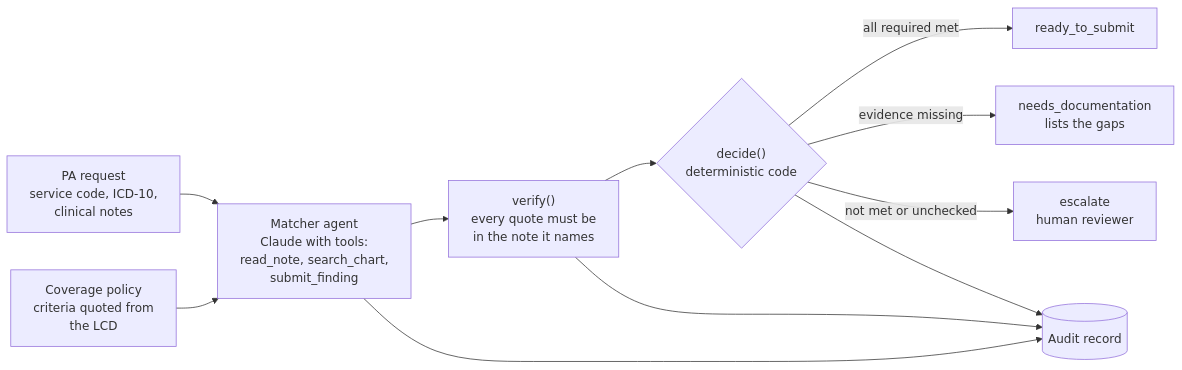
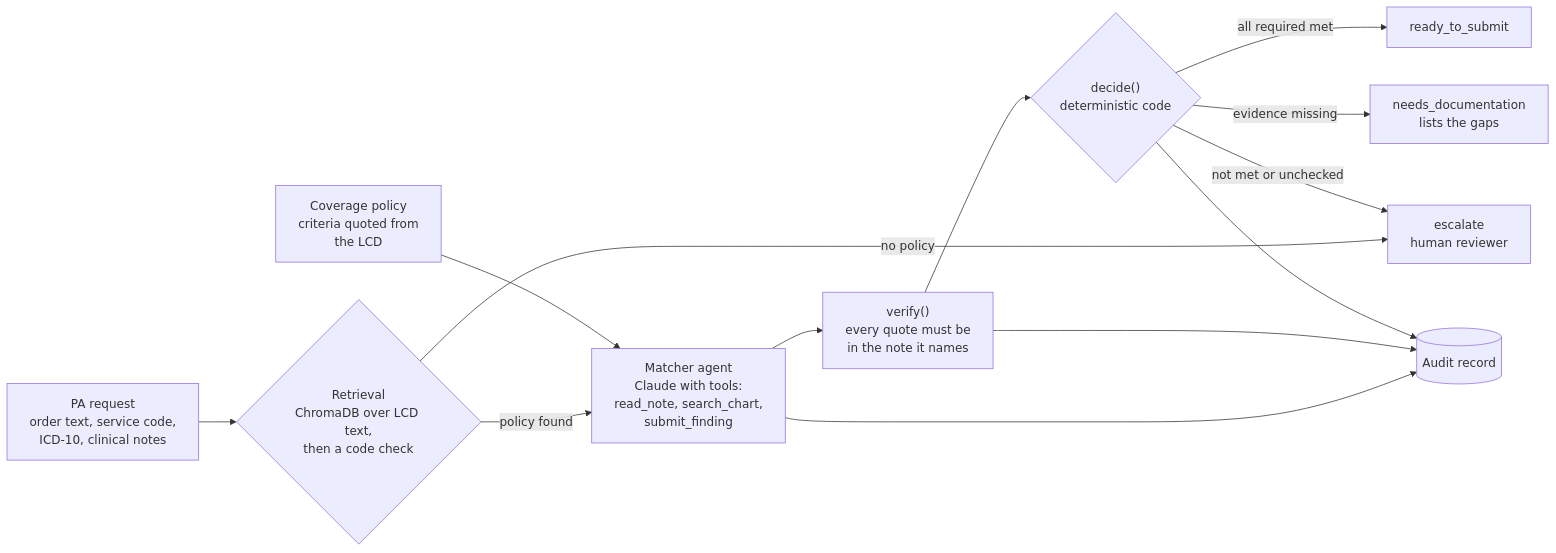
The diagram in README.md (shilpamusale/priorauth-ai), drawn with Mermaid before and after one commit. The commit also changed other lines of this file and 5 other files, not shown here.

First line of the commit message:
Demo: show each request's route, the dev routing table, and retrieval to try

````diff
--- a/README.md
+++ b/README.md
@@ -25,11 +26,13 @@
 ```mermaid
 flowchart LR
-    A[PA request<br/>service code, ICD-10,<br/>clinical notes] --> B[Matcher agent<br/>Claude with tools:<br/>read_note, search_chart,<br/>submit_finding]
+    A[PA request<br/>order text, service code,<br/>ICD-10, clinical notes] --> R{"Retrieval<br/>ChromaDB over LCD text,<br/>then a code check"}
+    R -->|policy found| B[Matcher agent<br/>Claude with tools:<br/>read_note, search_chart,<br/>submit_finding]
+    R -->|no policy| G
     P[Coverage policy<br/>criteria quoted from<br/>the LCD] --> B
     B --> C["verify()<br/>every quote must be<br/>in the note it names"]
     C --> D{"decide()<br/>deterministic code"}
     D -->|all required met| E[ready_to_submit]
     D -->|evidence missing| F[needs_documentation<br/>lists the gaps]
     D -->|not met or unchecked| G[escalate<br/>human reviewer]
     B & C & D --> H[(Audit record)]
 ```
````
